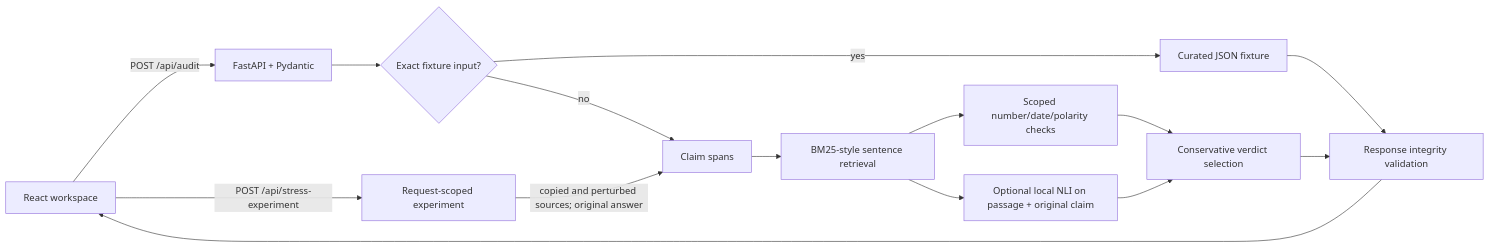
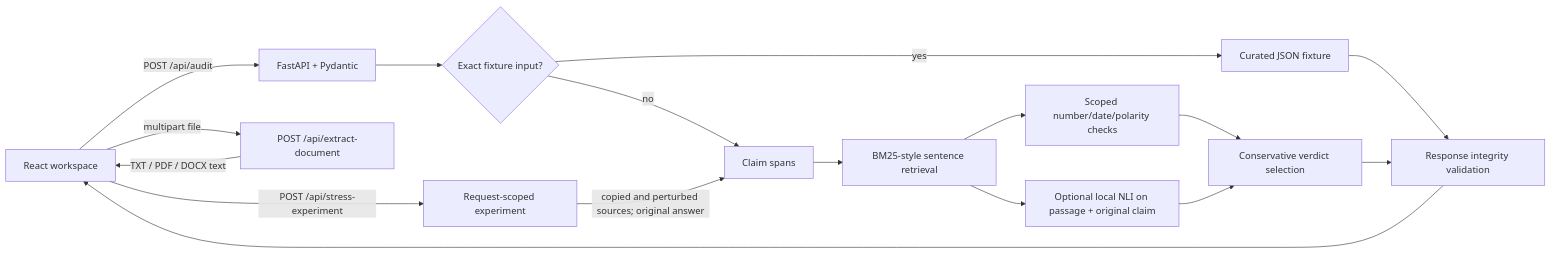
One commit to harryfernando10/64Bit_college_round changed the diagram in docs/ARCHITECTURE.md. Above: the diagram before and after it, drawn with Mermaid. The commit also changed other lines of this file and 31 other files, not shown here.

````diff
--- a/docs/ARCHITECTURE.md
+++ b/docs/ARCHITECTURE.md
@@ -5,17 +5,19 @@
 ```mermaid
 flowchart LR
   UI[React workspace] -->|POST /api/audit| API[FastAPI + Pydantic]
+  UI -->|multipart file| U[POST /api/extract-document]
+  U -->|TXT / PDF / DOCX text| UI
   API --> S{Exact fixture input?}
   S -->|yes| F[Curated JSON fixture]
   S -->|no| C[Claim spans]
   C --> R[BM25-style sentence retrieval]
   R --> D[Scoped number/date/polarity checks]
   R --> N[Optional local NLI on passage + original claim]
   D --> V[Conservative verdict selection]
   N --> V
   F --> I[Response integrity validation]
   V --> I
   I --> UI
   UI -->|POST /api/stress-experiment| X[Request-scoped experiment]
   X -->|copied and perturbed sources; original answer| C
 ```
````
